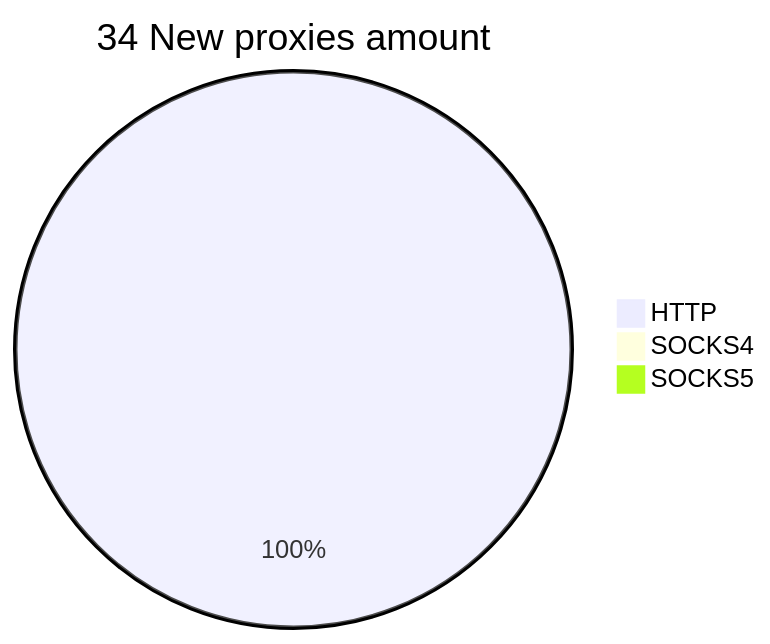
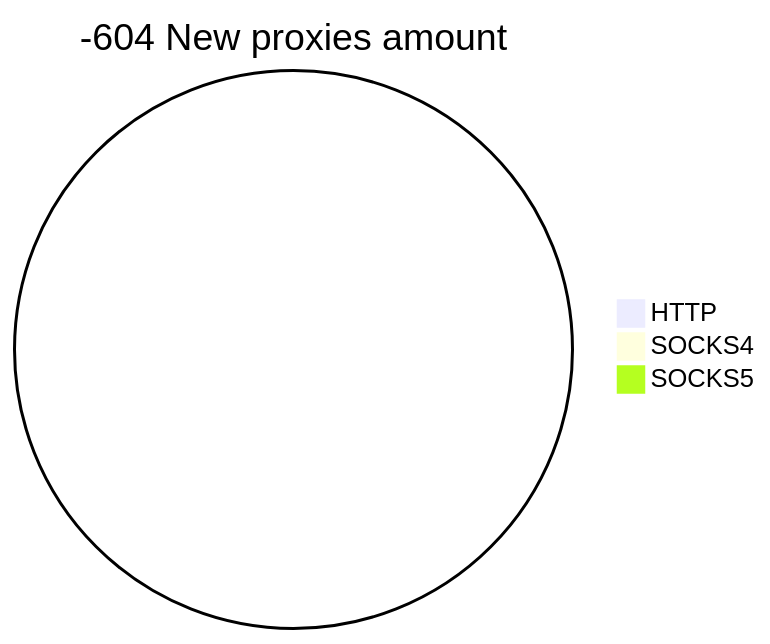
Before and after one commit to cutipu/proxylist: the second of 2 diagrams in README.md, drawn with Mermaid. The commit also changed other lines of this file, not shown here.

````diff
--- a/README.md
+++ b/README.md
@@ -10,6 +10,6 @@
 ```mermaid
-pie title 34 New proxies amount
-    "HTTP" : 105
+pie title -604 New proxies amount
+    "HTTP" : 0
     "SOCKS4" : 0
     "SOCKS5" : 0
 ```
````
